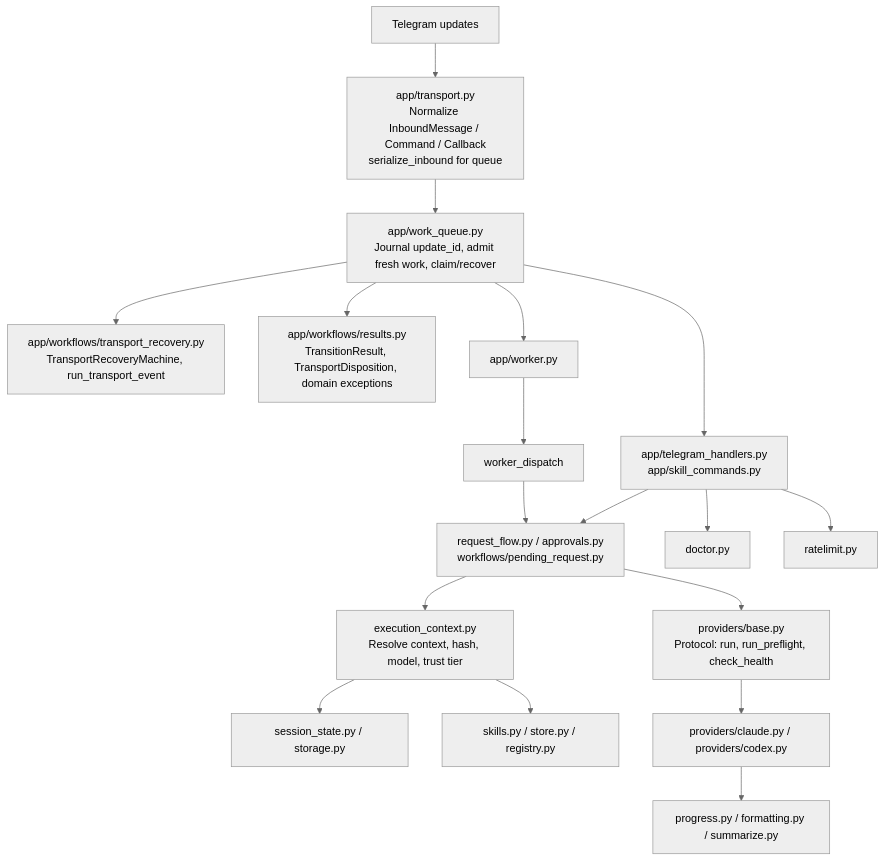
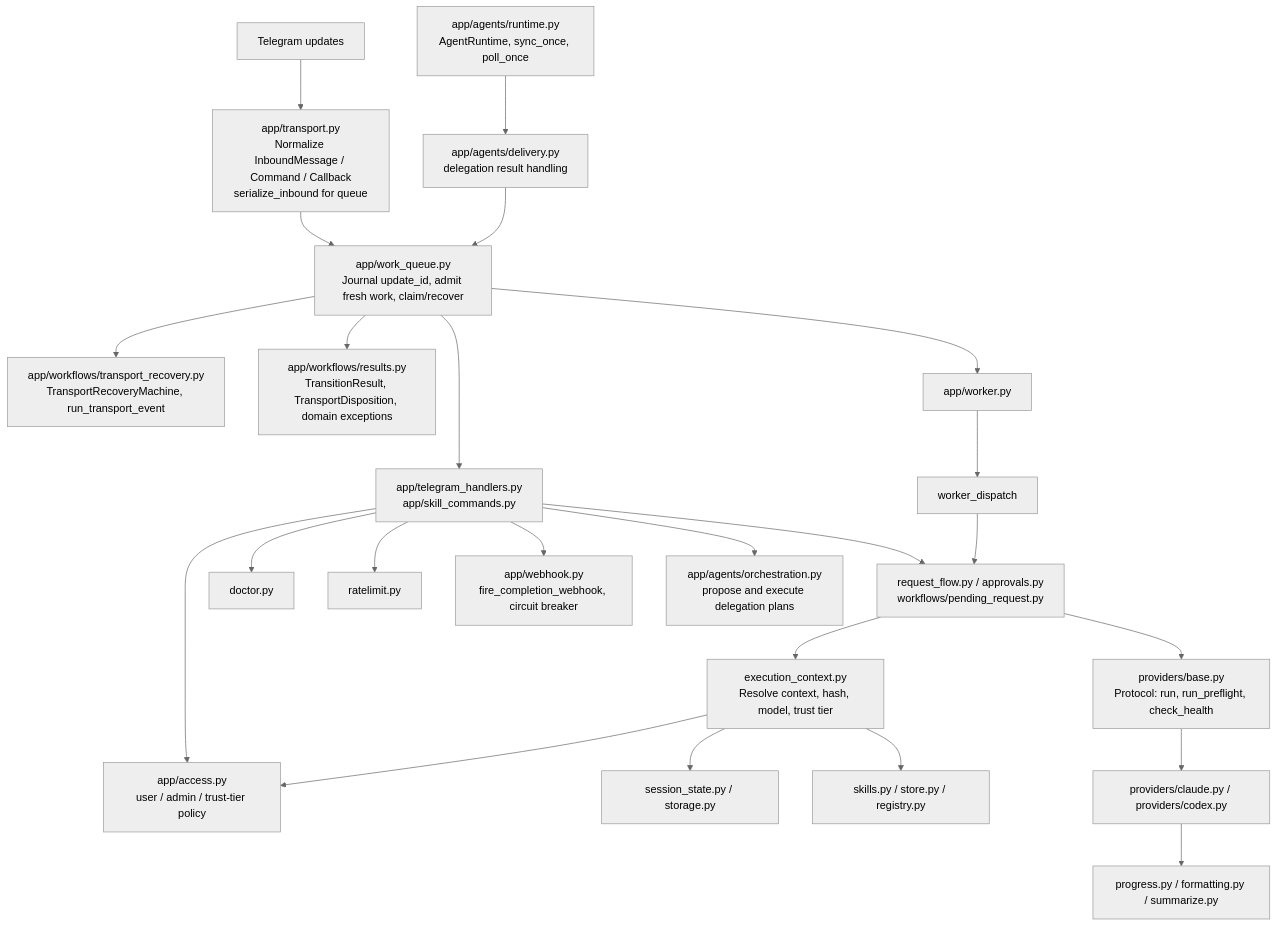
One commit to privacynow/octopus changed the eighth of 17 diagrams in docs/ARCHITECTURE.md. Above: the diagram before and after it, drawn with Mermaid (neutral theme). The commit also changed other lines of this file and 9 other files, not shown here.

````diff
--- a/docs/ARCHITECTURE.md
+++ b/docs/ARCHITECTURE.md
@@ -719,34 +750,45 @@
 ```mermaid
 flowchart TD
     UPD["Telegram updates"]
     TR["app/transport.py<br/>Normalize InboundMessage / Command / Callback<br/>serialize_inbound for queue"]
     WQ["app/work_queue.py<br/>Journal update_id, admit fresh work, claim/recover"]
     WF["app/workflows/transport_recovery.py<br/>TransportRecoveryMachine, run_transport_event"]
     WFR["app/workflows/results.py<br/>TransitionResult, TransportDisposition, domain exceptions"]
     TH["app/telegram_handlers.py<br/>app/skill_commands.py"]
     WK["app/worker.py"]
     WD["worker_dispatch"]
     RF["request_flow.py / approvals.py<br/>workflows/pending_request.py"]
     DOC["doctor.py"]
     RL["ratelimit.py"]
+    AC["app/access.py<br/>user / admin / trust-tier policy"]
     EC["execution_context.py<br/>Resolve context, hash, model, trust tier"]
     SS["session_state.py / storage.py"]
     SK["skills.py / store.py / registry.py"]
     PB["providers/base.py<br/>Protocol: run, run_preflight, check_health"]
     PC["providers/claude.py / providers/codex.py"]
     REND["progress.py / formatting.py / summarize.py"]
+    WH["app/webhook.py<br/>fire_completion_webhook, circuit breaker"]
+    AREG["app/agents/runtime.py<br/>AgentRuntime, sync_once, poll_once"]
+    DEL["app/agents/delivery.py<br/>delegation result handling"]
+    ORCH["app/agents/orchestration.py<br/>propose and execute delegation plans"]
 
     UPD --> TR --> WQ
     WQ --> WF
     WQ --> WFR
     WQ --> TH
     WQ --> WK --> WD
     TH --> RF
     TH --> DOC
     TH --> RL
+    TH --> AC
+    TH --> WH
+    TH --> ORCH
     WD --> RF
     RF --> EC
     EC --> SS
     EC --> SK
+    EC --> AC
     RF --> PB --> PC --> REND
+    AREG --> DEL
+    DEL --> WQ
 ```
````
